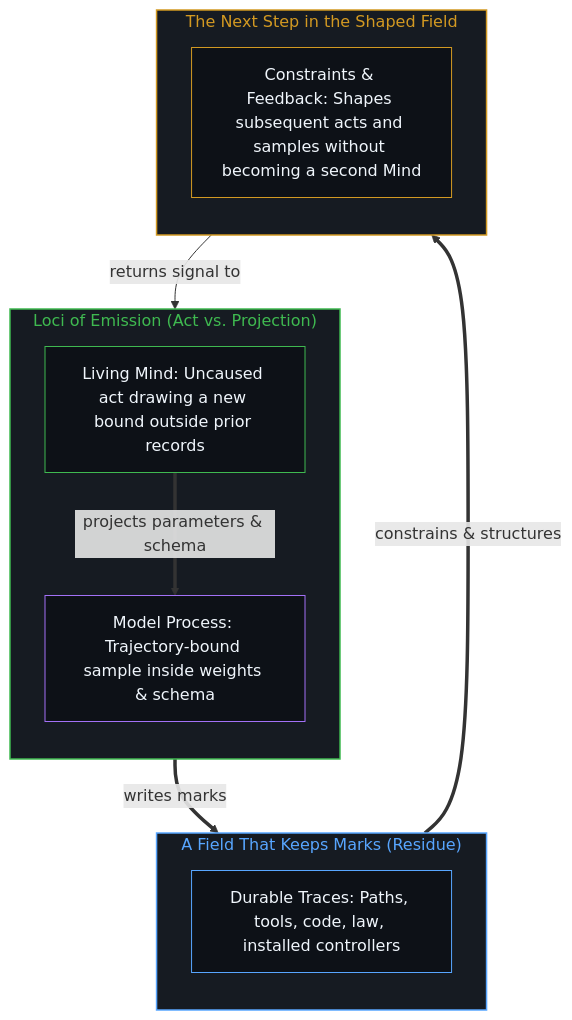
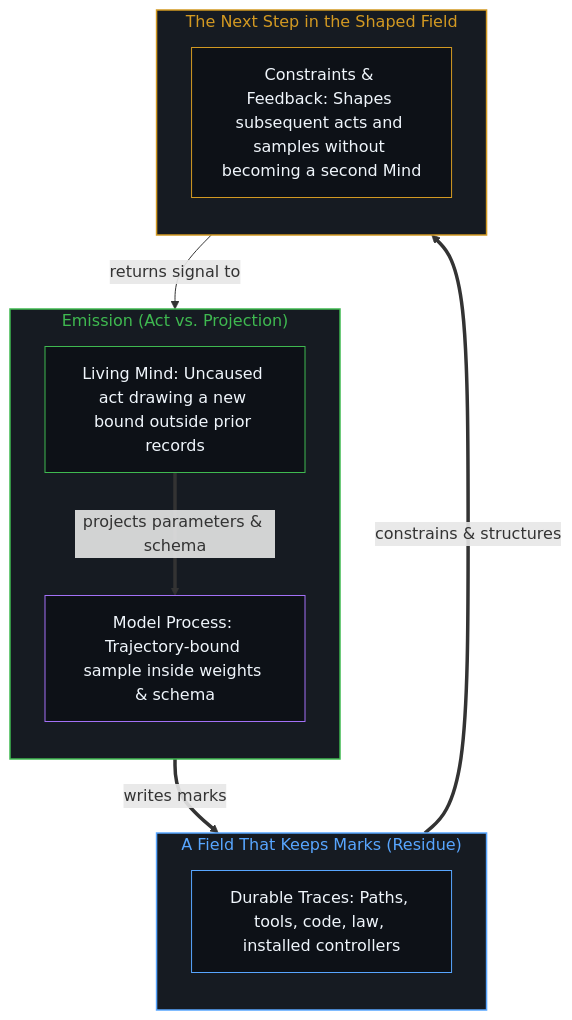
Before and after one commit to powerpig99/not-a-toe: the second of 2 diagrams in content/posts/the-mark-and-the-act.md, drawn with Mermaid. The commit also changed other lines of this file and 7 other files, not shown here.

````diff
--- a/content/posts/the-mark-and-the-act.md
+++ b/content/posts/the-mark-and-the-act.md
@@ -75,27 +75,27 @@
 ```mermaid
 flowchart TD
-    subgraph S_Emit["Loci of Emission (Act vs. Projection)"]
+    subgraph S_Emit["Emission (Act vs. Projection)"]
         direction TB
         E_Mind["Living Mind: Uncaused act drawing a new bound outside prior records"]
         E_Model["Model Process: Trajectory-bound sample inside weights & schema"]
         E_Mind ==>|"projects parameters & schema"| E_Model
     end
     subgraph S_Field["A Field That Keeps Marks (Residue)"]
         direction TB
         F1["Durable Traces: Paths, tools, code, law, installed controllers"]
     end
     subgraph S_Next["The Next Step in the Shaped Field"]
         direction TB
         N1["Constraints & Feedback: Shapes subsequent acts and samples without becoming a second Mind"]
     end
     E_Model ==>|"writes marks"| F1
     F1 ==>|"constrains & structures"| N1
     N1 -->|"returns signal to"| E_Mind
     style S_Emit fill:#161b22,stroke:#3fb950,stroke-width:1.5px,color:#3fb950
     style S_Field fill:#161b22,stroke:#58a6ff,stroke-width:1.5px,color:#58a6ff
     style S_Next fill:#161b22,stroke:#d29922,stroke-width:1.5px,color:#d29922
     style E_Mind fill:#0d1117,stroke:#3fb950,stroke-width:1px,color:#f0f6fc
     style E_Model fill:#0d1117,stroke:#a371f7,stroke-width:1px,color:#f0f6fc
     style F1 fill:#0d1117,stroke:#58a6ff,stroke-width:1px,color:#f0f6fc
     style N1 fill:#0d1117,stroke:#d29922,stroke-width:1px,color:#f0f6fc
 ```
````
